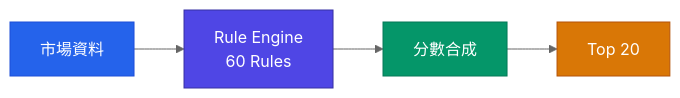
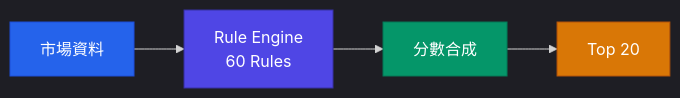
One commit to Neal75418/afterclose changed the first of 3 diagrams in docs/RULE_ENGINE.md. Above: the diagram before and after it, drawn with Mermaid. The commit also changed other lines of this file and 5 other files, not shown here.

````diff
--- a/docs/RULE_ENGINE.md
+++ b/docs/RULE_ENGINE.md
@@ -11,12 +11,12 @@
 ```mermaid
-%%{init: {'theme': 'neutral'}}%%
+%%{init: {'theme': 'dark'}}%%
 flowchart LR
     Data["市場資料"] --> Engine["Rule Engine\n60 Rules"]
     Engine --> Score["分數合成"]
     Score --> Top["Top 20"]
 
     style Data fill:#2563EB,color:#fff,stroke:#1D4ED8
     style Engine fill:#4F46E5,stroke:#3730A3,color:#fff
     style Score fill:#059669,color:#fff,stroke:#047857
     style Top fill:#D97706,color:#fff,stroke:#B45309
 ```
````
